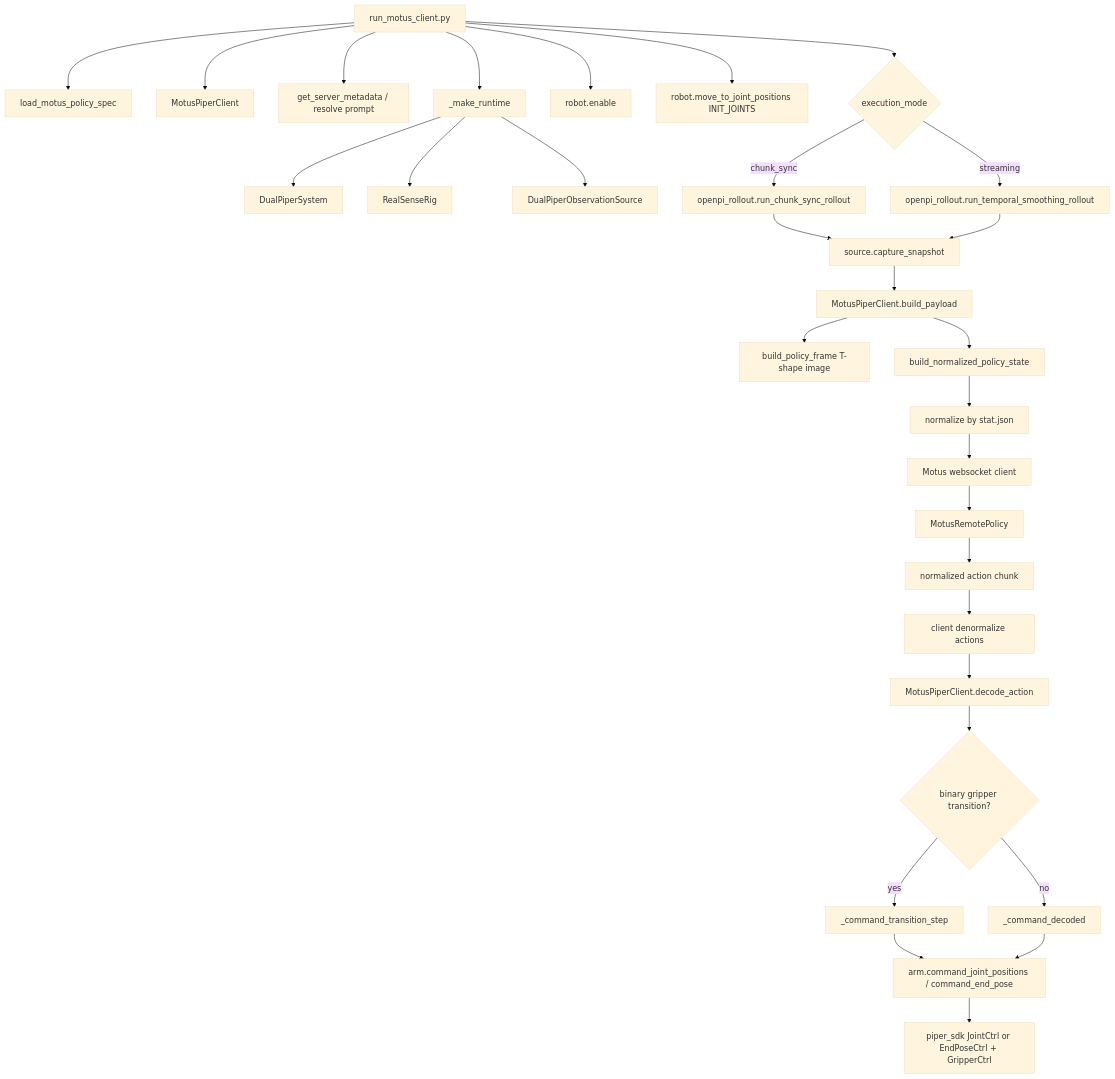
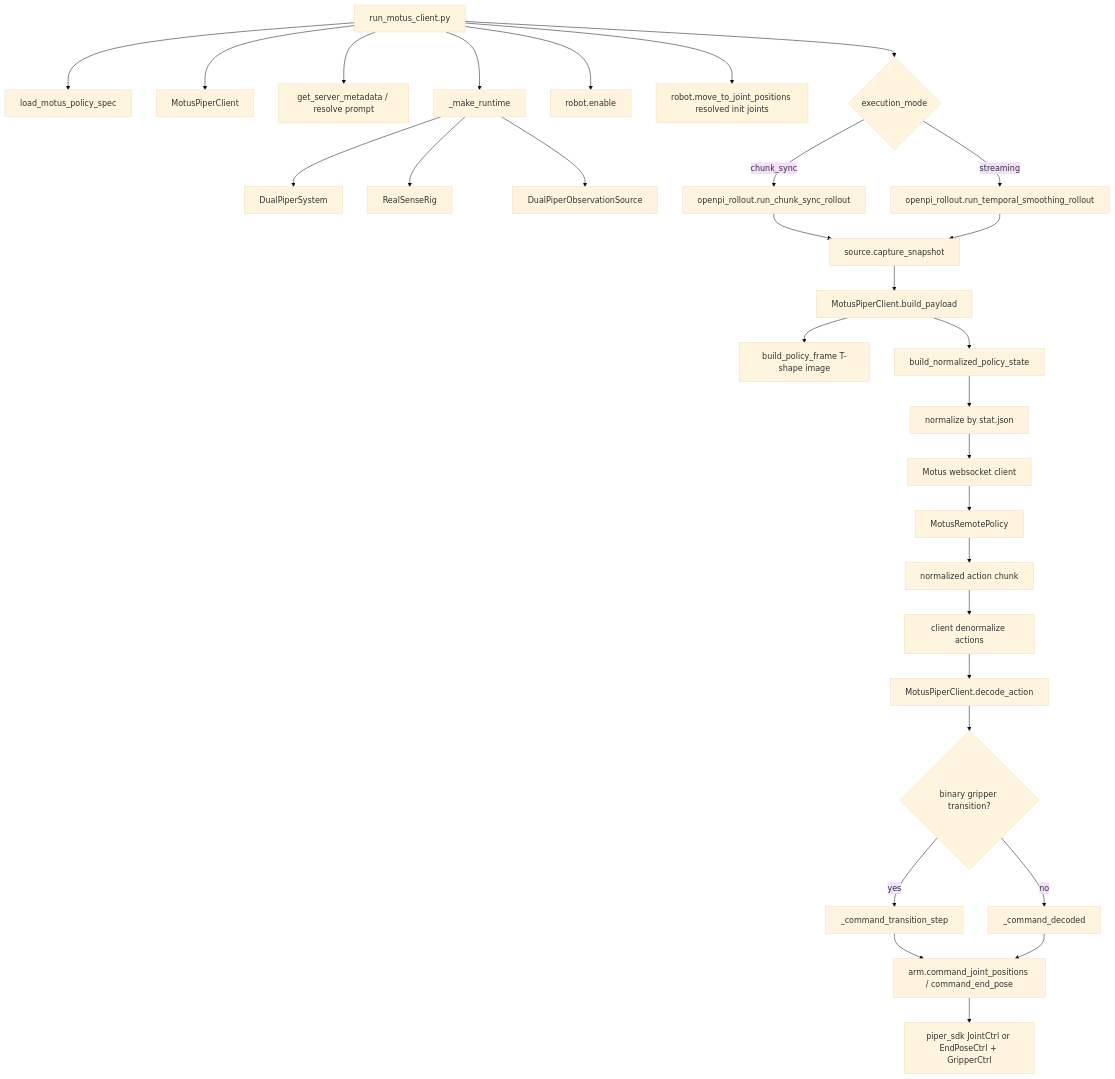
One commit to ZhaoRunyi/challenge_deploy changed the fourth of 5 diagrams in docs/deploy_call_chain.md. Above: the diagram before and after it, drawn with Mermaid (base theme). The commit also changed other lines of this file and 25 other files, not shown here.

````diff
--- a/docs/deploy_call_chain.md
+++ b/docs/deploy_call_chain.md
@@ -137,37 +137,37 @@
 ```mermaid
 flowchart TD
     C[run_motus_client.py] --> C1[load_motus_policy_spec]
     C --> C2[MotusPiperClient]
     C --> C3[get_server_metadata / resolve prompt]
     C --> C4[_make_runtime]
 
     C4 --> C5[DualPiperSystem]
     C4 --> C6[RealSenseRig]
     C4 --> C7[DualPiperObservationSource]
 
     C --> C8[robot.enable]
-    C --> C9[robot.move_to_joint_positions INIT_JOINTS]
+    C --> C9[robot.move_to_joint_positions resolved init joints]
     C --> C10{execution_mode}
     C10 -->|chunk_sync| C11[openpi_rollout.run_chunk_sync_rollout]
     C10 -->|streaming| C12[openpi_rollout.run_temporal_smoothing_rollout]
 
     C11 --> C13[source.capture_snapshot]
     C12 --> C13
     C13 --> C14[MotusPiperClient.build_payload]
     C14 --> C15[build_policy_frame T-shape image]
     C14 --> C16[build_normalized_policy_state]
     C16 --> C17[normalize by stat.json]
     C17 --> C18[Motus websocket client]
     C18 --> C19[MotusRemotePolicy]
     C19 --> C20[normalized action chunk]
 
     C20 --> C21[client denormalize actions]
     C21 --> C22[MotusPiperClient.decode_action]
     C22 --> C23{binary gripper transition?}
     C23 -->|yes| C24[_command_transition_step]
     C23 -->|no| C25[_command_decoded]
 
     C24 --> C26[arm.command_joint_positions / command_end_pose]
     C25 --> C26
     C26 --> C27[piper_sdk JointCtrl or EndPoseCtrl + GripperCtrl]
 ```
````
